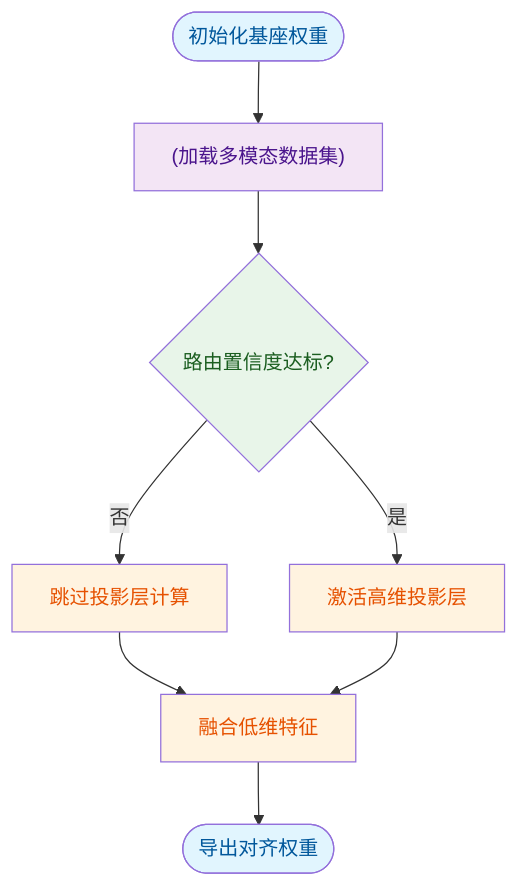
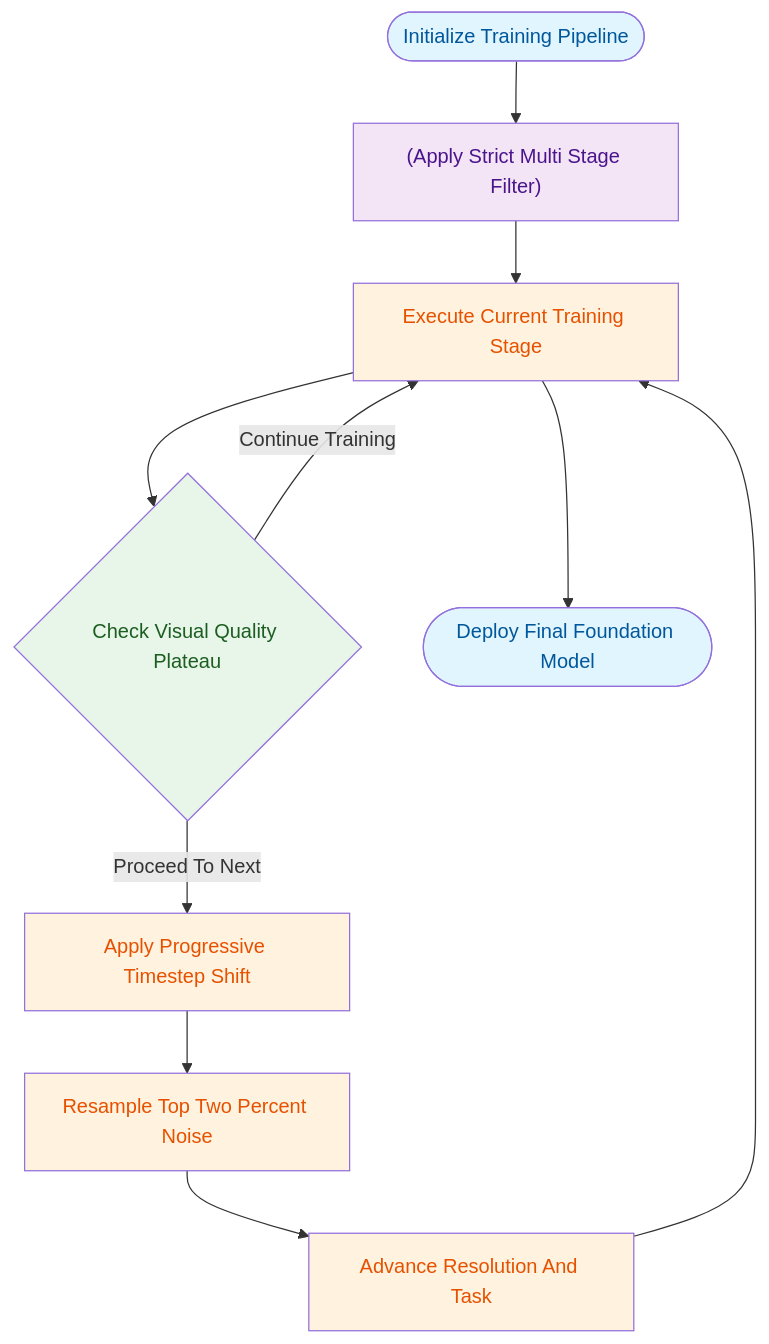
Before and after one commit to ShinewineW/paper-rolling: the eighth of 10 diagrams in person_vault/2026-06-12_WorldSimulationWithVideoFoundationModels_2511.00062/report.md, drawn with Mermaid. The commit also changed other lines of this file and 51 other files, not shown here.

````diff
--- a/person_vault/2026-06-12_WorldSimulationWithVideoFoundationModels_2511.00062/report.md
+++ b/person_vault/2026-06-12_WorldSimulationWithVideoFoundationModels_2511.00062/report.md
@@ -394,15 +728,26 @@
 ```mermaid
-graph TB
+flowchart TD
     classDef start fill:#e1f5fe,color:#01579b;
     classDef process fill:#fff3e0,color:#e65100;
     classDef decision fill:#e8f5e9,color:#1b5e20;
     classDef data fill:#f3e5f5,color:#4a148c;
 
-    init_weights(["初始化基座权重"]):::start --> load_data["(加载多模态数据集)"]:::data
-    load_data --> route_check{路由置信度达标?}:::decision
-    route_check -- 否 --> bypass_path["跳过投影层计算"]:::process
-    bypass_path --> merge_features["融合低维特征"]:::process
-    route_check -- 是 --> activate_proj["激活高维投影层"]:::process
-    activate_proj --> merge_features
-    merge_features --> save_model(["导出对齐权重"]):::start
+    init_pipeline(["Initialize Training Pipeline"]):::start
+    apply_filter["(Apply Strict Multi Stage Filter)"]:::data
+    run_stage["Execute Current Training Stage"]:::process
+    check_plateau{Check Visual Quality Plateau}:::decision
+    apply_shift["Apply Progressive Timestep Shift"]:::process
+    resample_noise["Resample Top Two Percent Noise"]:::process
+    advance_stage["Advance Resolution And Task"]:::process
+    finalize_model(["Deploy Final Foundation Model"]):::start
+
+    init_pipeline --> apply_filter
+    apply_filter --> run_stage
+    run_stage --> check_plateau
+    check_plateau -- Continue Training --> run_stage
+    check_plateau -- Proceed To Next --> apply_shift
+    apply_shift --> resample_noise
+    resample_noise --> advance_stage
+    advance_stage --> run_stage
+    run_stage --> finalize_model
 ```
````
